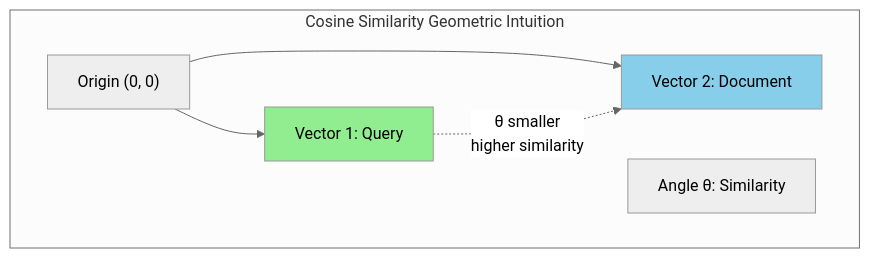
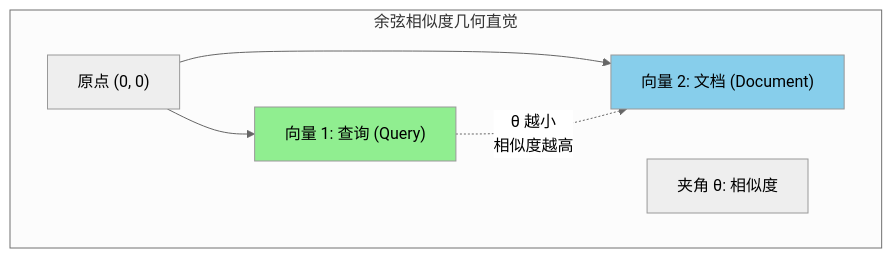
Before and after one commit to YiWang24/AiDIY: the eighth of 15 diagrams in i18n/zh-Hans/docusaurus-plugin-content-docs/current/ai/rag/01-introduction.mdx, drawn with Mermaid (neutral theme). The commit also changed other lines of this file and 59 other files, not shown here.

````diff
--- a/i18n/zh-Hans/docusaurus-plugin-content-docs/current/ai/rag/01-introduction.mdx
+++ b/i18n/zh-Hans/docusaurus-plugin-content-docs/current/ai/rag/01-introduction.mdx
@@ -583,17 +583,17 @@
 ```mermaid
 flowchart TB
-    subgraph CosineDiagram["Cosine Similarity Geometric Intuition"]
-        A["Origin (0, 0)"]
-        B["Vector 1: Query"]
-        C["Vector 2: Document"]
-        D["Angle θ: Similarity"]
+    subgraph CosineDiagram["余弦相似度几何直觉"]
+        A["原点 (0, 0)"]
+        B["向量 1: 查询 (Query)"]
+        C["向量 2: 文档 (Document)"]
+        D["夹角 θ: 相似度"]
 
         A --> B
         A --> C
 
-        B -.->|"θ smaller<br/>higher similarity"| C
+        B -.->|"θ 越小<br/>相似度越高"| C
     end
 
     style B fill:#90EE90
     style C fill:#87CEEB
 ```
````
